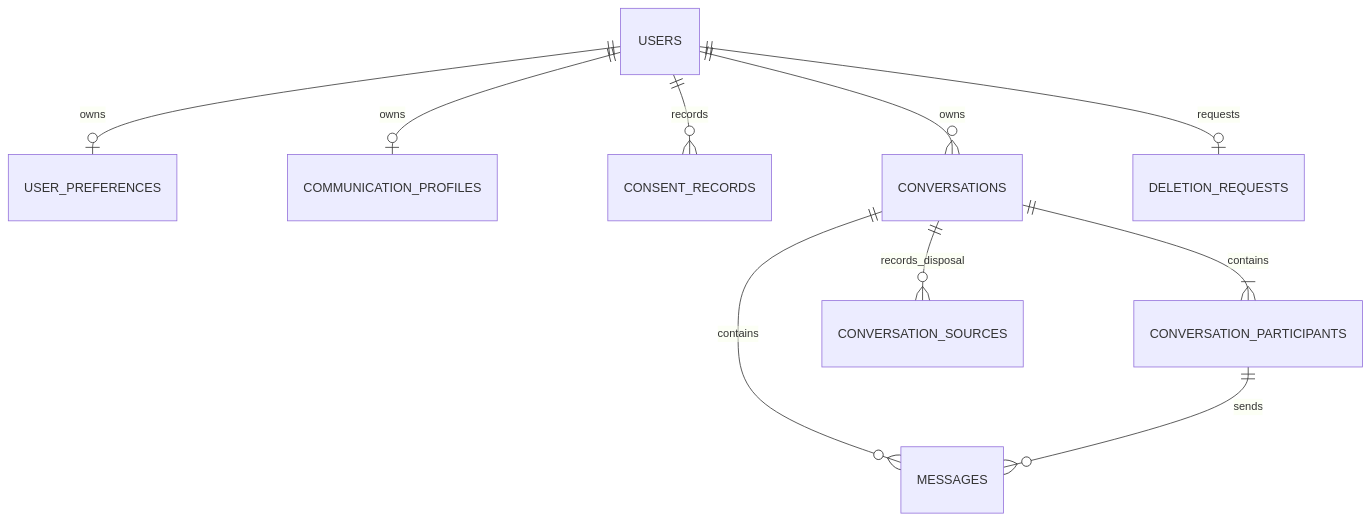
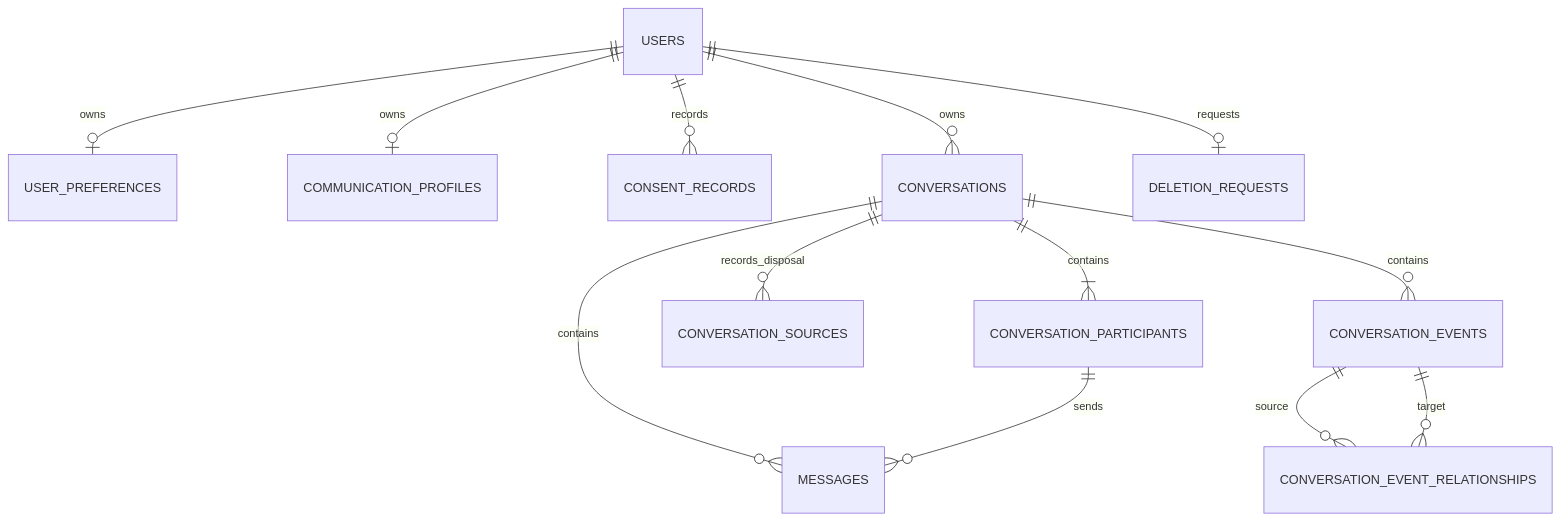
Before and after one commit to aaryanv07/dating_coach: the diagram in docs/database-schema.md, drawn with Mermaid. The commit also changed other lines of this file and 88 other files, not shown here.

````diff
--- a/docs/database-schema.md
+++ b/docs/database-schema.md
@@ -7,12 +7,15 @@
 ```mermaid
 erDiagram
     USERS ||--o| USER_PREFERENCES : owns
     USERS ||--o| COMMUNICATION_PROFILES : owns
     USERS ||--o{ CONSENT_RECORDS : records
     USERS ||--o{ CONVERSATIONS : owns
     USERS ||--o| DELETION_REQUESTS : requests
     CONVERSATIONS ||--|{ CONVERSATION_PARTICIPANTS : contains
     CONVERSATIONS ||--o{ MESSAGES : contains
     CONVERSATIONS ||--o{ CONVERSATION_SOURCES : records_disposal
+    CONVERSATIONS ||--o{ CONVERSATION_EVENTS : contains
+    CONVERSATION_EVENTS ||--o{ CONVERSATION_EVENT_RELATIONSHIPS : source
+    CONVERSATION_EVENTS ||--o{ CONVERSATION_EVENT_RELATIONSHIPS : target
     CONVERSATION_PARTICIPANTS ||--o{ MESSAGES : sends
 ```
````
